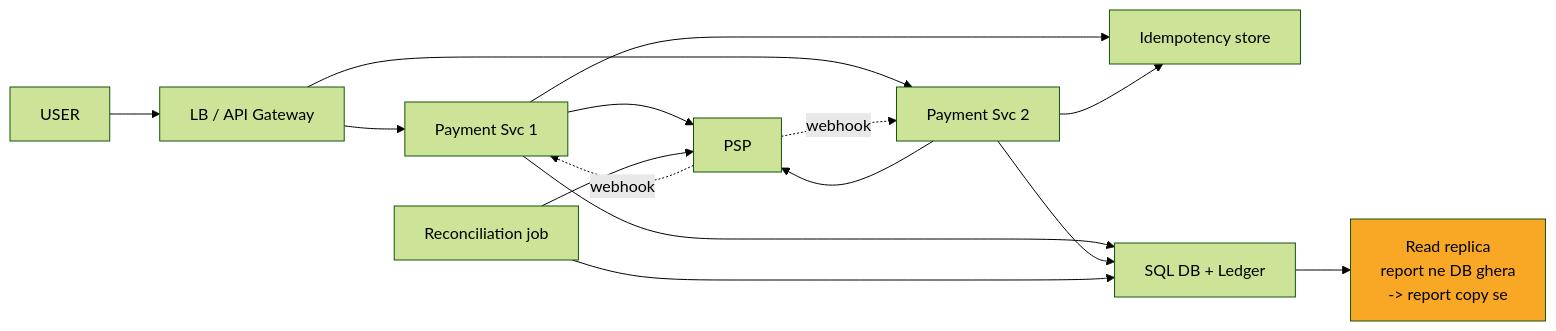
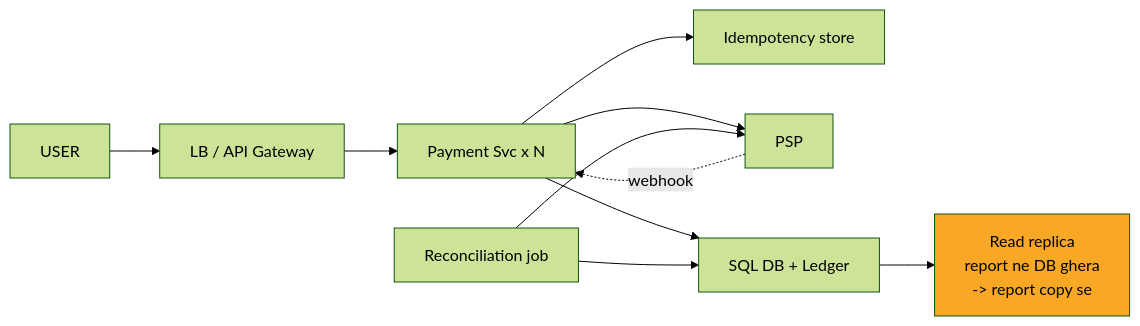
One commit to ArpanMaheshwari144/Prep changed the tenth of 12 diagrams in 04_HLD/SYSTEM_DESIGNS/06_payment_system/06_payment_system.md. Above: the diagram before and after it, drawn with Mermaid (forest theme). The commit also changed other lines of this file and 11 other files, not shown here.

Commit message:
hld: card diagrams max 8 boxes (App x N, merged stores/chains; full diagram only in AAKHRI DABBA)

````diff
--- a/04_HLD/SYSTEM_DESIGNS/06_payment_system/06_payment_system.md
+++ b/04_HLD/SYSTEM_DESIGNS/06_payment_system/06_payment_system.md
@@ -380,27 +380,21 @@
 ```mermaid
 flowchart LR
     n_USER["USER"]
     n_LB_API_Gateway["LB / API Gateway"]
-    n_Payment_Svc_x_N_1["Payment Svc 1"]
-    n_Payment_Svc_x_N_2["Payment Svc 2"]
+    n_Payment_Svc_xN["Payment Svc x N"]
     n_Idempotency_store["Idempotency store"]
     n_PSP["PSP"]
     n_DB["SQL DB + Ledger"]
     n_Read_replica["Read replica<br/>report ne DB ghera<br/>-> report copy se"]
     n_Reconciliation_job["Reconciliation job"]
     n_USER --> n_LB_API_Gateway
-    n_LB_API_Gateway --> n_Payment_Svc_x_N_1
-    n_LB_API_Gateway --> n_Payment_Svc_x_N_2
-    n_Payment_Svc_x_N_1 --> n_Idempotency_store
-    n_Payment_Svc_x_N_2 --> n_Idempotency_store
-    n_Payment_Svc_x_N_1 --> n_PSP
-    n_Payment_Svc_x_N_2 --> n_PSP
-    n_Payment_Svc_x_N_1 --> n_DB
-    n_Payment_Svc_x_N_2 --> n_DB
+    n_LB_API_Gateway --> n_Payment_Svc_xN
+    n_Payment_Svc_xN --> n_Idempotency_store
+    n_Payment_Svc_xN --> n_PSP
+    n_Payment_Svc_xN --> n_DB
     n_DB --> n_Read_replica
     n_Reconciliation_job --> n_DB
     n_Reconciliation_job --> n_PSP
-    n_PSP -.->|webhook| n_Payment_Svc_x_N_1
-    n_PSP -.->|webhook| n_Payment_Svc_x_N_2
+    n_PSP -.-> |webhook| n_Payment_Svc_xN
     style n_Read_replica fill:#f9a825,color:#000
 ```
````
